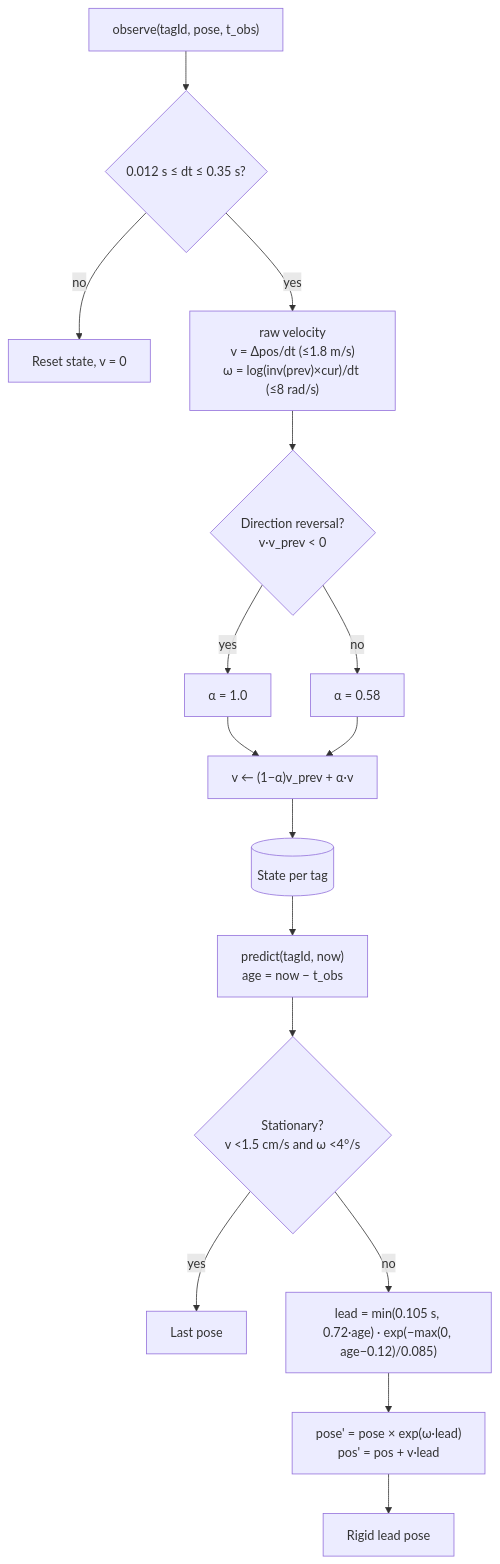
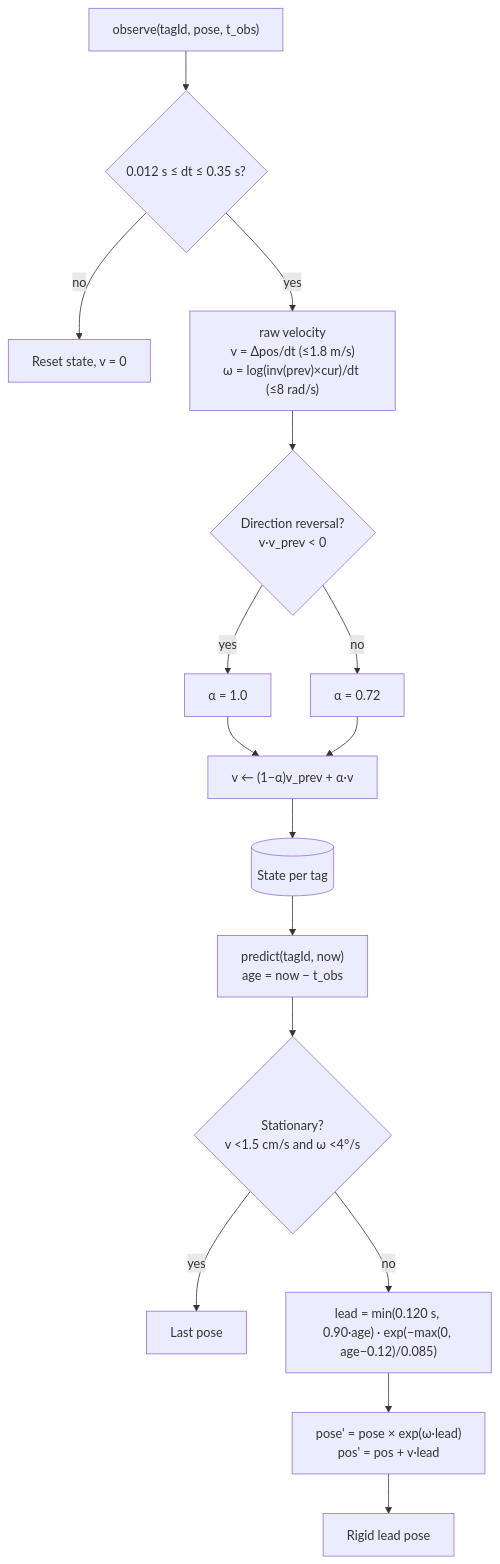
Before and after one commit to PiMaV/Quest3-WebXR-AprilTag: the diagram in docs/diagrams/06-prediction.mmd, drawn with Mermaid. The commit also changed 54 other files, not shown here.

Commit message:
feat: calibrate Quest 3 in-view perimeter pruning, minimalist tag action pills, and Quarto paper/diagram updates

```diff
--- a/docs/diagrams/06-prediction.mmd
+++ b/docs/diagrams/06-prediction.mmd
@@ -1,16 +1,16 @@
 flowchart TD
   O["observe(tagId, pose, t_obs)"] --> DT{"0.012 s ≤ dt ≤ 0.35 s?"}
   DT -- no --> RST["Reset state, v = 0"]
   DT -- yes --> V["raw velocity<br/>v = Δpos/dt (≤1.8 m/s)<br/>ω = log(inv(prev)×cur)/dt (≤8 rad/s)"]
   V --> REV{"Direction reversal?<br/>v·v_prev < 0"}
   REV -- yes --> A1["α = 1.0"]
-  REV -- no --> A2["α = 0.58"]
+  REV -- no --> A2["α = 0.72"]
   A1 --> EMA["v ← (1−α)v_prev + α·v"]
   A2 --> EMA
   EMA --> ST[("State per tag")]
   ST --> P["predict(tagId, now)<br/>age = now − t_obs"]
   P --> STILL{"Stationary?<br/>v <1.5 cm/s and ω <4°/s"}
   STILL -- yes --> LAST["Last pose"]
-  STILL -- no --> LEAD["lead = min(0.105 s, 0.72·age) · exp(−max(0, age−0.12)/0.085)"]
+  STILL -- no --> LEAD["lead = min(0.120 s, 0.90·age) · exp(−max(0, age−0.12)/0.085)"]
   LEAD --> EXT["pose' = pose × exp(ω·lead)<br/>pos' = pos + v·lead"]
   EXT --> OUT["Rigid lead pose"]
```
